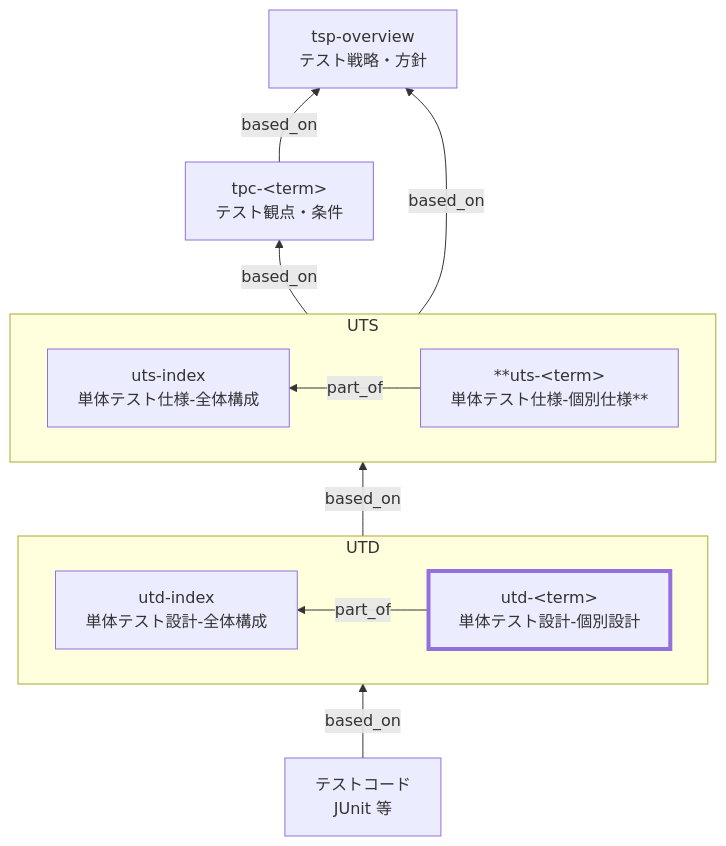
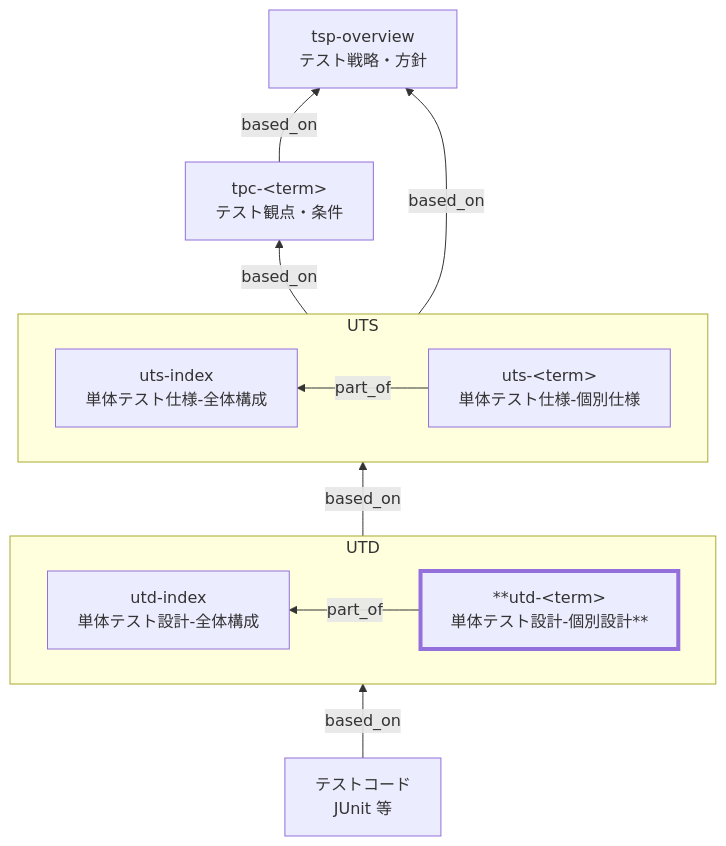
The diagram in docs/ja/handbook/rules/utd-rules.md (specdojo/spec-dojo-handbook), drawn with Mermaid before and after one commit. The commit also changed other lines of this file and 3 other files, not shown here.

````diff
--- a/docs/ja/handbook/rules/utd-rules.md
+++ b/docs/ja/handbook/rules/utd-rules.md
@@ -28,30 +28,30 @@
 ```mermaid
 flowchart BT
   TSP["tsp-overview<br>テスト戦略・方針"]
   TPC["tpc-&lt;term&gt;<br>テスト観点・条件"]
 
   subgraph UTS
   direction RL
     UTSIndex["uts-index<br>単体テスト仕様-全体構成"]
-    UTSDetail["**uts-&lt;term&gt;<br>単体テスト仕様-個別仕様**"]
+    UTSDetail["uts-&lt;term&gt;<br>単体テスト仕様-個別仕様"]
     UTSDetail -->|part_of| UTSIndex
   end
 
   subgraph UTD
   direction RL
     UTDIndex["utd-index<br>単体テスト設計-全体構成"]
-    UTDDetail["utd-&lt;term&gt;<br>単体テスト設計-個別設計"]
+    UTDDetail["**utd-&lt;term&gt;<br>単体テスト設計-個別設計**"]
     UTDDetail -->|part_of| UTDIndex
   end
 
   TC["テストコード<br>JUnit 等"]
 
   TPC -->|based_on| TSP
   UTD -->|based_on| UTS
   TC -->|based_on| UTD
   UTS -->|based_on| TSP
   UTS -->|based_on| TPC
 
   classDef target stroke-width:4px
   class UTDDetail target
 ```
````
